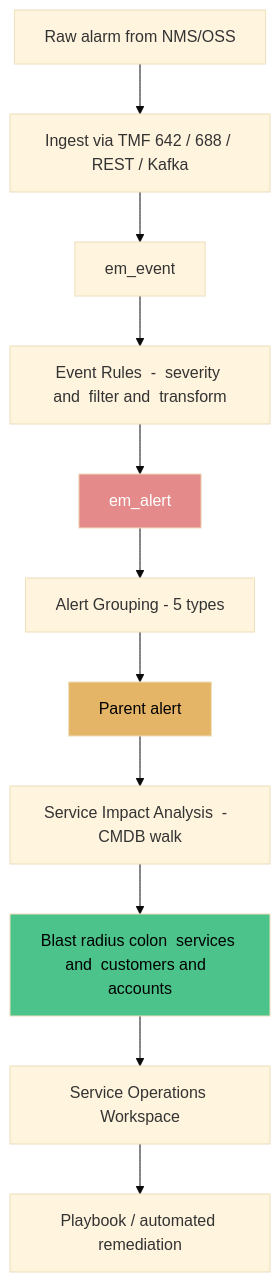
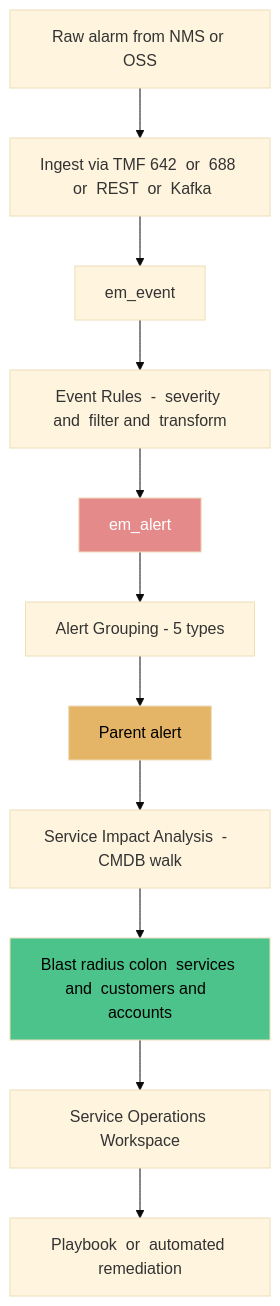
The sixth of 6 diagrams in docs/modules/tsom/tsom-guide.md (eltonaguiar/ServiceNow_Learning_TSOM-_CSM_FSM_SalesCRM_HAM_ITSM), drawn with Mermaid (base theme) before and after one commit. The commit also changed other lines of this file and 19 other files, not shown here.

First line of the commit message:
Fix Mermaid diagram syntax errors - replace problematic chars in text content only

````diff
--- a/docs/modules/tsom/tsom-guide.md
+++ b/docs/modules/tsom/tsom-guide.md
@@ -1348,16 +1348,16 @@
 ```mermaid
 flowchart TD
-    ALARM[Raw alarm from NMS/OSS] --> INGEST[Ingest via TMF 642 / 688 / REST / Kafka]
+    ALARM[Raw alarm from NMS or OSS] --> INGEST[Ingest via TMF 642  or  688  or  REST  or  Kafka]
     INGEST --> EVENT[em_event]
     EVENT --> RULE[Event Rules  -  severity and  filter and  transform]
     RULE --> ALERT[em_alert]
     ALERT --> GROUP[Alert Grouping  -  5 types]
     GROUP --> PARENT[Parent alert]
     PARENT --> SIA[Service Impact Analysis  -  CMDB walk]
     SIA --> BLAST[Blast radius colon  services and  customers and  accounts]
     BLAST --> SOW[Service Operations Workspace]
-    SOW --> PLAY[Playbook / automated remediation]
+    SOW --> PLAY[Playbook  or  automated remediation]
     style ALERT fill:#e58a8a,color:#fff
     style PARENT fill:#e5b567,color:#000
     style BLAST fill:#4cc38a,color:#000
 ```
````
